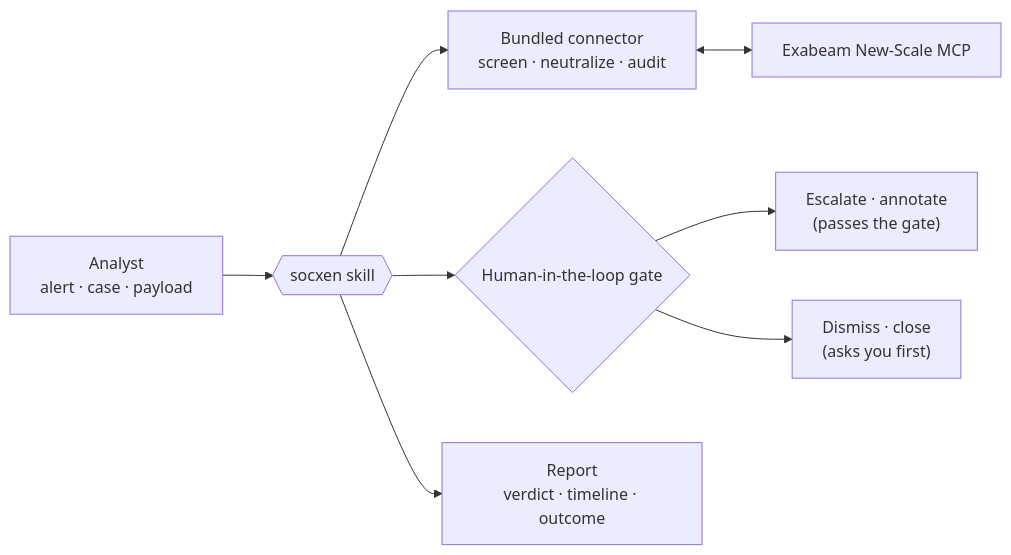
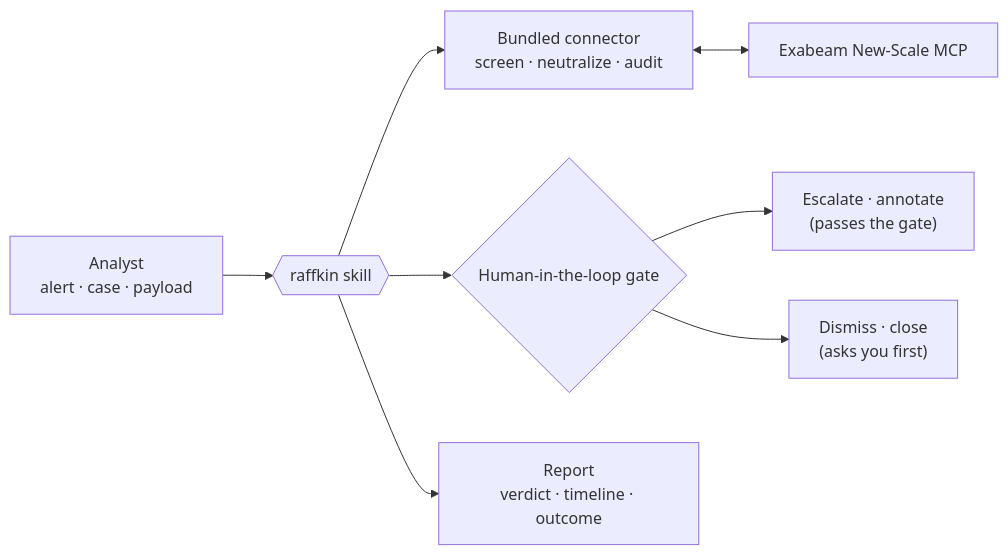
The diagram in plugin/docs/index.md (open-agent-ai-security/socxen), drawn with Mermaid before and after one commit. The commit also changed other lines of this file and 89 other files, not shown here.

First line of the commit message:
rename: socxen -> Raffkin — plugin key, namespaces, operator surfaces, prose (#261)

````diff
--- a/plugin/docs/index.md
+++ b/plugin/docs/index.md
@@ -51,10 +51,10 @@
 ```mermaid
 flowchart LR
-  A["Analyst<br/>alert · case · payload"] --> S{{"socxen skill"}}
+  A["Analyst<br/>alert · case · payload"] --> S{{"raffkin skill"}}
   S --> C["Bundled connector<br/>screen · neutralize · audit"]
   C <--> X["Exabeam New-Scale MCP"]
   S --> G{"Human-in-the-loop gate"}
   G --> W["Escalate · annotate<br/>(passes the gate)"]
   G --> H["Dismiss · close<br/>(asks you first)"]
   S --> R["Report<br/>verdict · timeline · outcome"]
 ```
````
